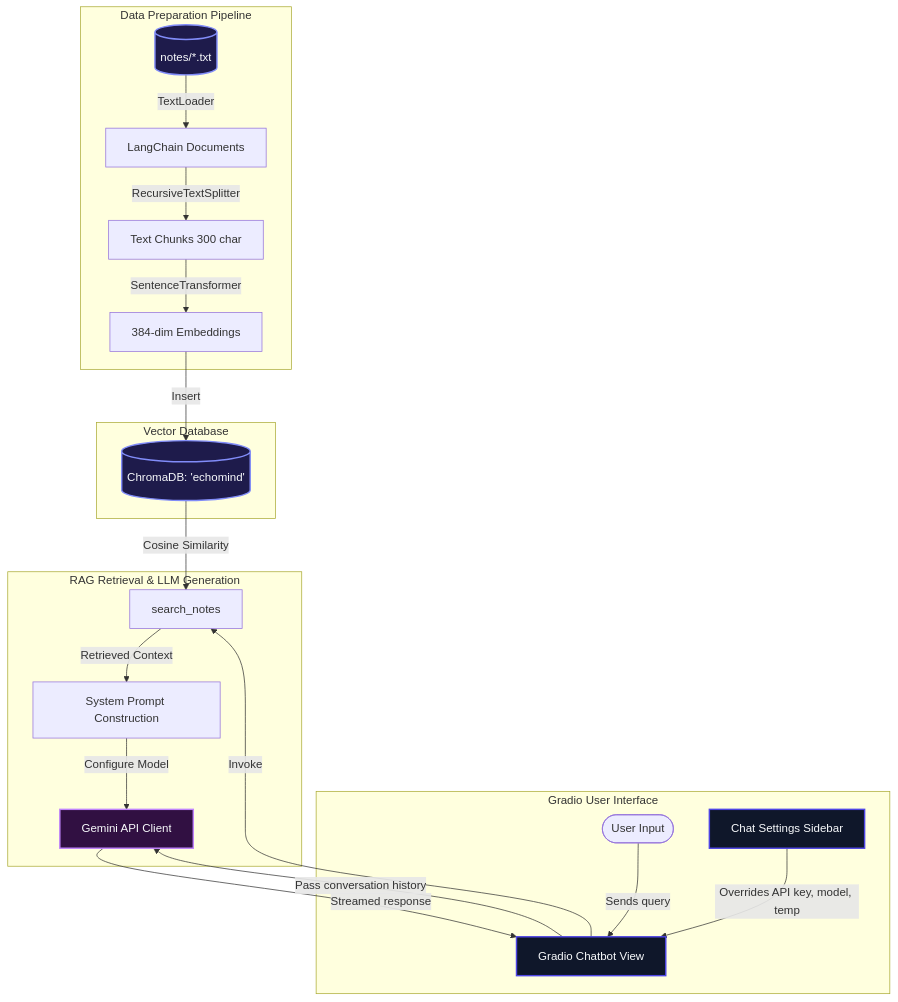
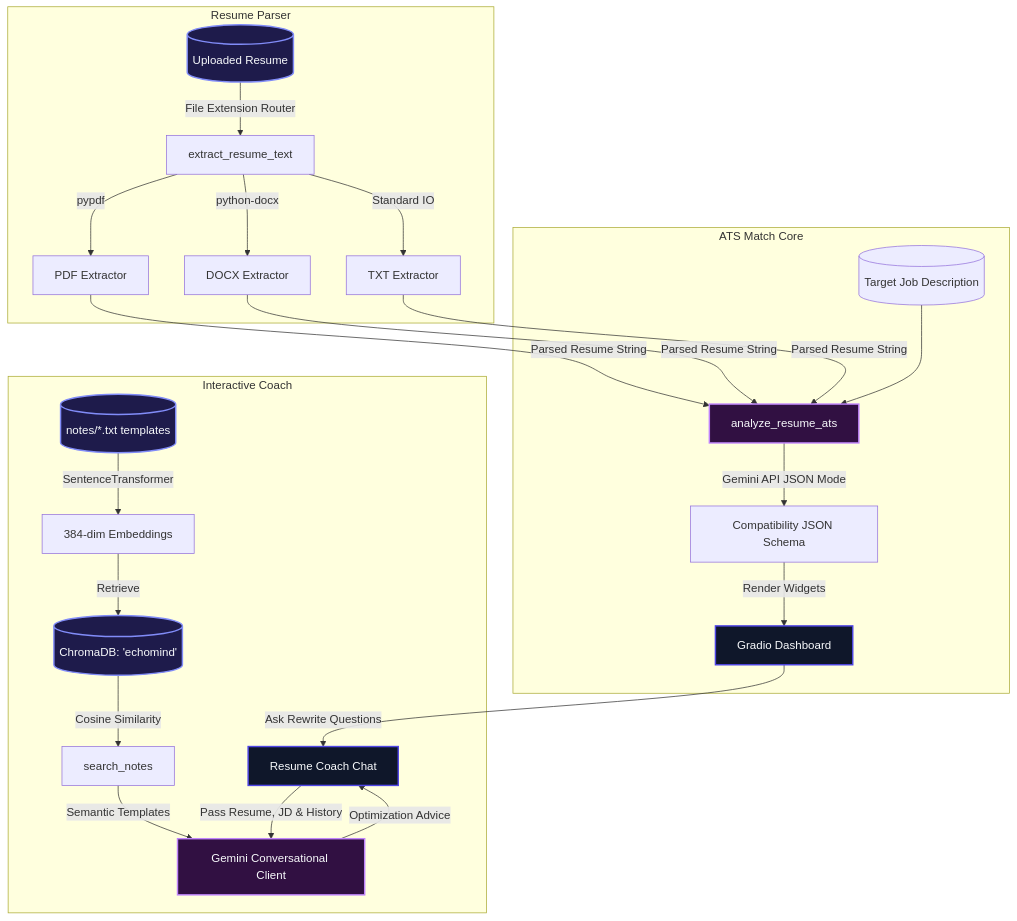
The first of 2 diagrams in project_report.md (Saravanank2005/ChatbotAI), drawn with Mermaid before and after one commit. The commit also changed other lines of this file and 2 other files, not shown here.

Commit message:
Pivot to Resume ATS Analyzer, add PDF/DOCX support, and integrate collapsible corner Resume Coach chatbot

````diff
--- a/project_report.md
+++ b/project_report.md
@@ -23,36 +23,36 @@
 ```mermaid
 flowchart TB
     %% Nodes
-    subgraph Data_Preparation [Data Preparation Pipeline]
-        RawFiles[(notes/*.txt)] -->|TextLoader| RawDocs[LangChain Documents]
-        RawDocs -->|RecursiveTextSplitter| Chunks[Text Chunks 300 char]
-        Chunks -->|SentenceTransformer| Vectors[384-dim Embeddings]
+    subgraph Extraction [Resume Parser]
+        RawFile[(Uploaded Resume)] -->|File Extension Router| Parser[extract_resume_text]
+        Parser -->|pypdf| PDF[PDF Extractor]
+        Parser -->|python-docx| DOCX[DOCX Extractor]
+        Parser -->|Standard IO| TXT[TXT Extractor]
     end
 
-    subgraph Storage [Vector Database]
-        Vectors -->|Insert| Collection[(ChromaDB: 'echomind')]
+    subgraph Evaluation [ATS Match Core]
+        PDF & DOCX & TXT -->|Parsed Resume String| ATSEngine[analyze_resume_ats]
+        JD[(Target Job Description)] --> ATSEngine
+        ATSEngine -->|Gemini API JSON Mode| JSON[Compatibility JSON Schema]
+        JSON -->|Render Widgets| UI[Gradio Dashboard]
     end
 
-    subgraph Frontend [Gradio User Interface]
-        User([User Input]) -->|Sends query| Chatbot[Gradio Chatbot View]
-        Sidebar[Chat Settings Sidebar] -->|Overrides API key, model, temp| Chatbot
-    end
-
-    subgraph Logic [RAG Retrieval & LLM Generation]
-        Chatbot -->|Invoke| Search[search_notes]
-        Collection -->|Cosine Similarity| Search
-        Search -->|Retrieved Context| SystemInstruction[System Prompt Construction]
-        SystemInstruction -->|Configure Model| Gemini[Gemini API Client]
-        Chatbot -->|Pass conversation history| Gemini
-        Gemini -->|Streamed response| Chatbot
+    subgraph RAG [Interactive Coach]
+        UI -->|Ask Rewrite Questions| Chatbot[Resume Coach Chat]
+        LocalNotes[(notes/*.txt templates)] -->|SentenceTransformer| Vectors[384-dim Embeddings]
+        Vectors -->|Retrieve| Collection[(ChromaDB: 'echomind')]
+        Collection -->|Cosine Similarity| Search[search_notes]
+        Search -->|Semantic Templates| Gemini[Gemini Conversational Client]
+        Chatbot -->|Pass Resume, JD & History| Gemini
+        Gemini -->|Optimization Advice| Chatbot
     end
 
     %% Styles
     classDef storage fill:#1e1b4b,stroke:#818cf8,stroke-width:2px,color:#f8fafc;
     classDef logic fill:#311042,stroke:#c084fc,stroke-width:2px,color:#f8fafc;
     classDef ui fill:#0f172a,stroke:#4f46e5,stroke-width:2px,color:#f8fafc;
 
-    class RawFiles,Collection storage;
-    class Gemini logic;
-    class Chatbot,Sidebar ui;
+    class RawFile,LocalNotes,Collection storage;
+    class ATSEngine,Gemini logic;
+    class UI,Chatbot ui;
 ```
````
